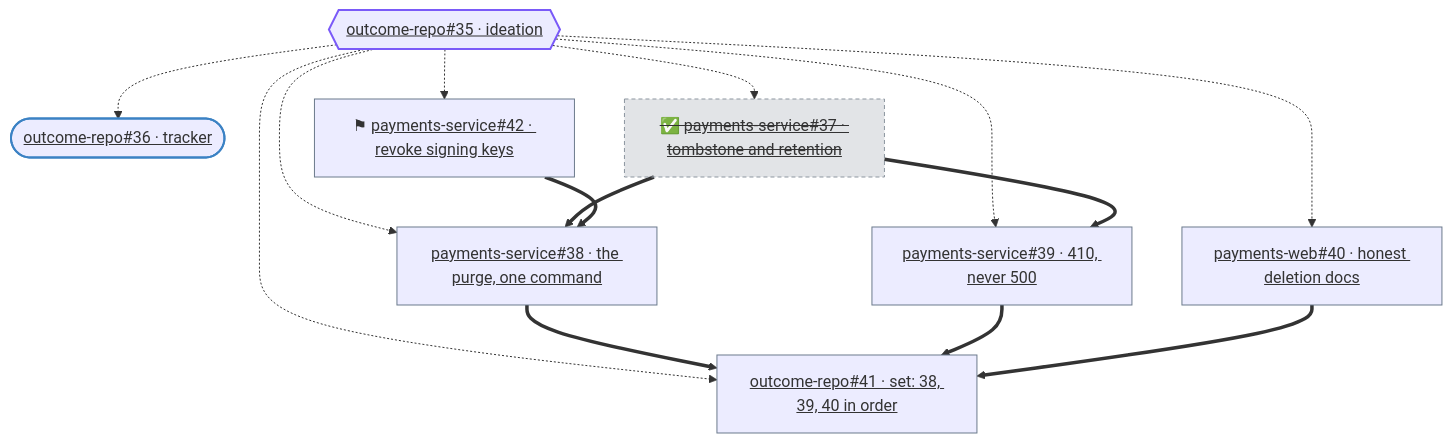
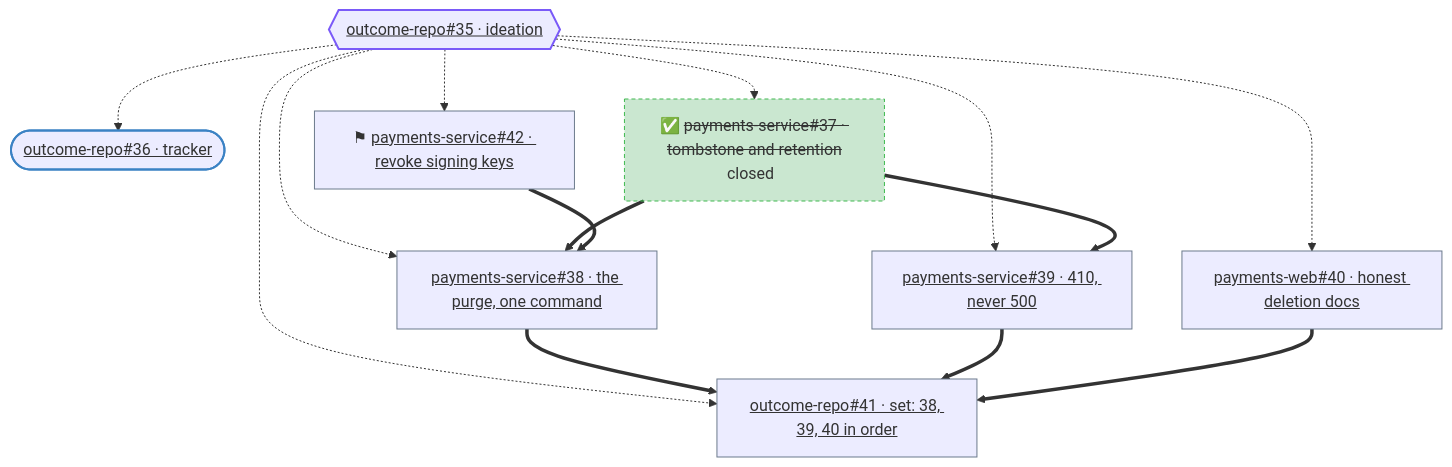
The diagram in prompts/outcome-decomposer.md (skrewz/s-ai-skills), drawn with Mermaid before and after one commit. The commit also changed other lines of this file, not shown here.

First line of the commit message:
✨ feat(decomposer): tint closed forest nodes green and stamp the close time

````diff
--- a/prompts/outcome-decomposer.md
+++ b/prompts/outcome-decomposer.md
@@ -192,32 +192,32 @@
 ```mermaid
 flowchart TD
   i_outcome_repo_35{{"<a href='https://example.com/o/outcome-repo/issues/35' target='_blank' style='color:inherit'>outcome-repo#35 · ideation</a>"}}
   i_outcome_repo_36(["<a href='https://example.com/o/outcome-repo/issues/36' target='_blank' style='color:inherit'>outcome-repo#36 · tracker</a>"])
-  i_payments_service_37["✅ <a href='https://example.com/o/payments-service/issues/37' target='_blank' style='color:inherit'>payments-service#37 · tombstone and retention</a>"]
+  i_payments_service_37["✅ <a href='https://example.com/o/payments-service/issues/37' target='_blank' style='color:inherit;text-decoration:line-through'>payments-service#37 · tombstone and retention</a><br/>closed <YYYY-MM-DD HH:MM> <TZ>"]
   i_payments_service_38["<a href='https://example.com/o/payments-service/issues/38' target='_blank' style='color:inherit'>payments-service#38 · the purge, one command</a>"]
   i_payments_service_39["<a href='https://example.com/o/payments-service/issues/39' target='_blank' style='color:inherit'>payments-service#39 · 410, never 500</a>"]
   i_payments_web_40["<a href='https://example.com/o/payments-web/issues/40' target='_blank' style='color:inherit'>payments-web#40 · honest deletion docs</a>"]
   i_outcome_repo_41["<a href='https://example.com/o/outcome-repo/issues/41' target='_blank' style='color:inherit'>outcome-repo#41 · set: 38, 39, 40 in order</a>"]
   i_payments_service_42["⚑ <a href='https://example.com/o/payments-service/issues/42' target='_blank' style='color:inherit'>payments-service#42 · revoke signing keys</a>"]
   i_outcome_repo_35 -.-> i_payments_service_37
   i_outcome_repo_35 -.-> i_payments_service_38
   i_outcome_repo_35 -.-> i_payments_service_39
   i_outcome_repo_35 -.-> i_payments_web_40
   i_outcome_repo_35 -.-> i_outcome_repo_41
   i_outcome_repo_35 -.-> i_payments_service_42
   i_outcome_repo_35 -.-> i_outcome_repo_36
   i_payments_service_37 ==> i_payments_service_38
   i_payments_service_42 ==> i_payments_service_38
   i_payments_service_37 ==> i_payments_service_39
   i_payments_service_38 ==> i_outcome_repo_41
   i_payments_service_39 ==> i_outcome_repo_41
   i_payments_web_40 ==> i_outcome_repo_41
   classDef root stroke:#7a5af8,stroke-width:2px
   classDef tracker stroke:#3b82c4,stroke-width:2px
   classDef member stroke:#6b7a8c
-  classDef closed stroke:#8c959f,stroke-dasharray:4 3,text-decoration:line-through,fill:#8c959f,fill-opacity:0.25
+  classDef closed stroke:#3fb950,stroke-dasharray:4 3,fill:#2ea043,fill-opacity:0.25
   class i_outcome_repo_35 root
   class i_outcome_repo_36 tracker
   class i_payments_service_37,i_payments_service_38,i_payments_service_39,i_payments_web_40,i_outcome_repo_41,i_payments_service_42 member
   class i_payments_service_37 closed
 ```
````
